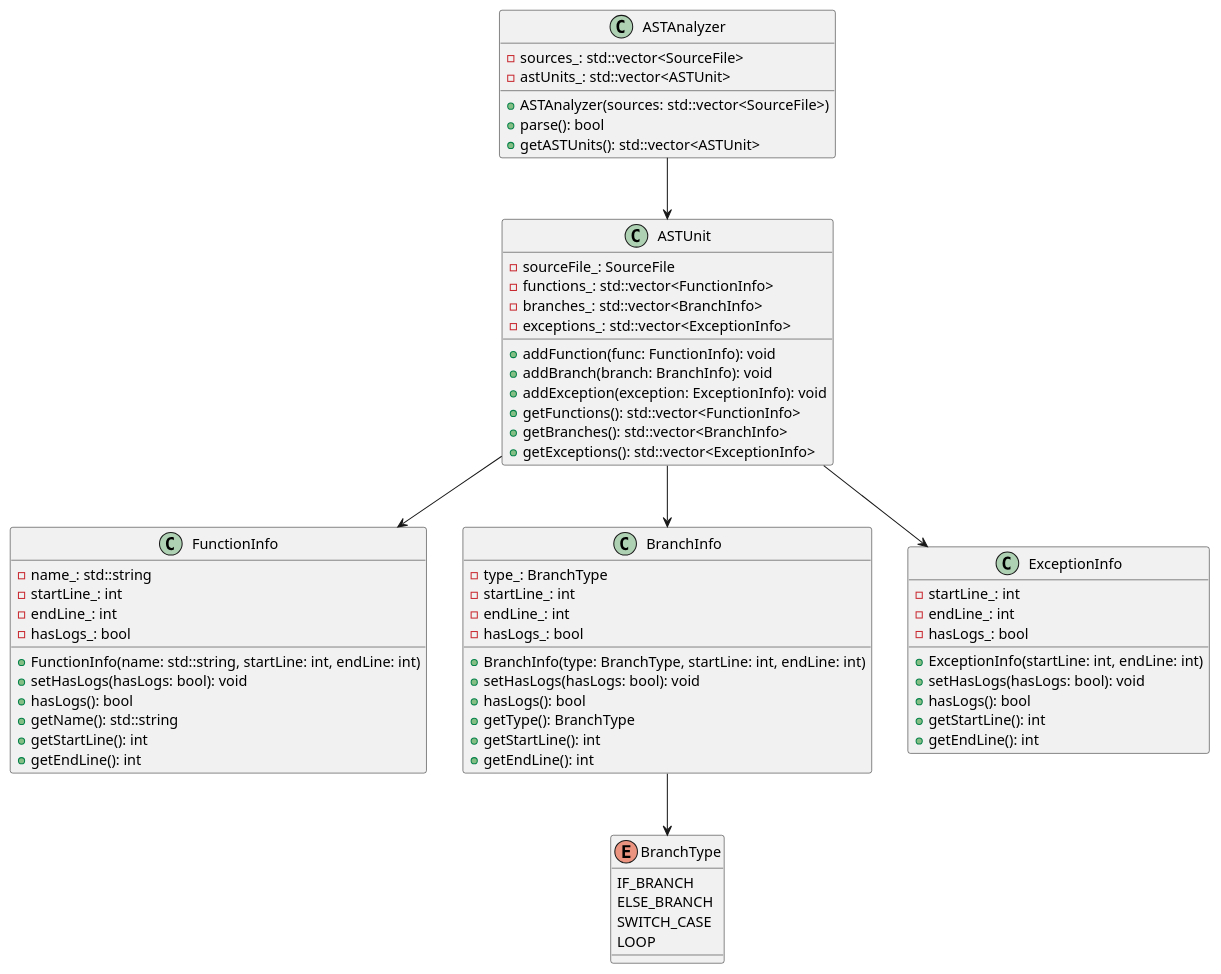
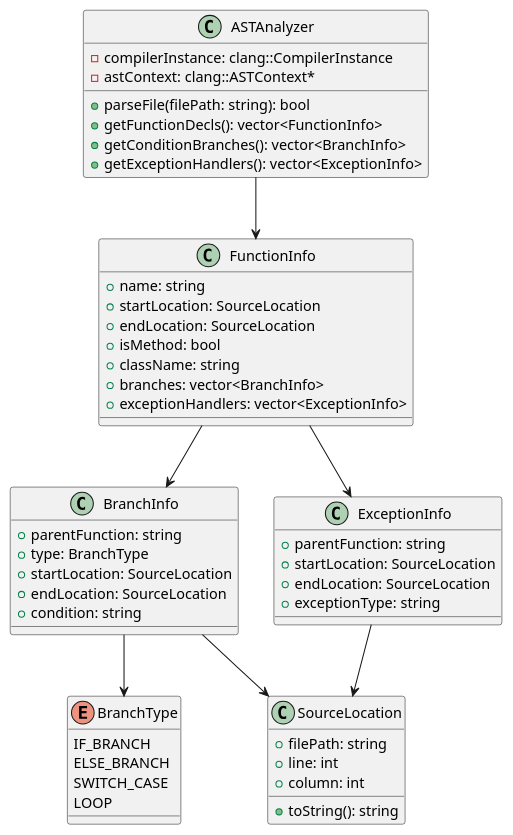
The fourth of 10 diagrams in docs/概要设计文档.md (eric2023/dlogcover), drawn with PlantUML before and after one commit. The commit also changed other lines of this file and 2 other files, not shown here.

````diff
--- a/docs/概要设计文档.md
+++ b/docs/概要设计文档.md
@@ -291,74 +275,58 @@
 ```plantuml
 @startuml
 class ASTAnalyzer {
-  -sources_: std::vector<SourceFile>
-  -astUnits_: std::vector<ASTUnit>
-  +ASTAnalyzer(sources: std::vector<SourceFile>)
-  +parse(): bool
-  +getASTUnits(): std::vector<ASTUnit>
-}
-
-class ASTUnit {
-  -sourceFile_: SourceFile
-  -functions_: std::vector<FunctionInfo>
-  -branches_: std::vector<BranchInfo>
-  -exceptions_: std::vector<ExceptionInfo>
-  +addFunction(func: FunctionInfo): void
-  +addBranch(branch: BranchInfo): void
-  +addException(exception: ExceptionInfo): void
-  +getFunctions(): std::vector<FunctionInfo>
-  +getBranches(): std::vector<BranchInfo>
-  +getExceptions(): std::vector<ExceptionInfo>
+  -compilerInstance: clang::CompilerInstance
+  -astContext: clang::ASTContext*
+  +parseFile(filePath: string): bool
+  +getFunctionDecls(): vector<FunctionInfo>
+  +getConditionBranches(): vector<BranchInfo>
+  +getExceptionHandlers(): vector<ExceptionInfo>
 }
 
 class FunctionInfo {
-  -name_: std::string
-  -startLine_: int
-  -endLine_: int
-  -hasLogs_: bool
-  +FunctionInfo(name: std::string, startLine: int, endLine: int)
-  +setHasLogs(hasLogs: bool): void
-  +hasLogs(): bool
-  +getName(): std::string
-  +getStartLine(): int
-  +getEndLine(): int
+  +name: string
+  +startLocation: SourceLocation
+  +endLocation: SourceLocation
+  +isMethod: bool
+  +className: string
+  +branches: vector<BranchInfo>
+  +exceptionHandlers: vector<ExceptionInfo>
 }
 
 class BranchInfo {
-  -type_: BranchType
-  -startLine_: int
-  -endLine_: int
-  -hasLogs_: bool
-  +BranchInfo(type: BranchType, startLine: int, endLine: int)
-  +setHasLogs(hasLogs: bool): void
-  +hasLogs(): bool
-  +getType(): BranchType
-  +getStartLine(): int
-  +getEndLine(): int
+  +parentFunction: string
+  +type: BranchType
+  +startLocation: SourceLocation
+  +endLocation: SourceLocation
+  +condition: string
 }
 
 enum BranchType {
   IF_BRANCH
   ELSE_BRANCH
   SWITCH_CASE
   LOOP
 }
 
 class ExceptionInfo {
-  -startLine_: int
-  -endLine_: int
-  -hasLogs_: bool
-  +ExceptionInfo(startLine: int, endLine: int)
-  +setHasLogs(hasLogs: bool): void
-  +hasLogs(): bool
-  +getStartLine(): int
-  +getEndLine(): int
+  +parentFunction: string
+  +startLocation: SourceLocation
+  +endLocation: SourceLocation
+  +exceptionType: string
 }
 
-ASTAnalyzer --> ASTUnit
-ASTUnit --> FunctionInfo
-ASTUnit --> BranchInfo
-ASTUnit --> ExceptionInfo
+class SourceLocation {
+  +filePath: string
+  +line: int
+  +column: int
+  +toString(): string
+}
+
+ASTAnalyzer --> FunctionInfo
+FunctionInfo --> BranchInfo
+FunctionInfo --> ExceptionInfo
 BranchInfo --> BranchType
+BranchInfo --> SourceLocation
+ExceptionInfo --> SourceLocation
 @enduml
 ```
````
